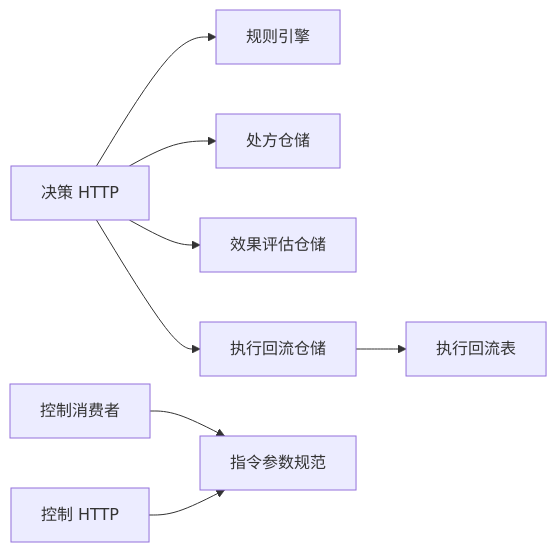
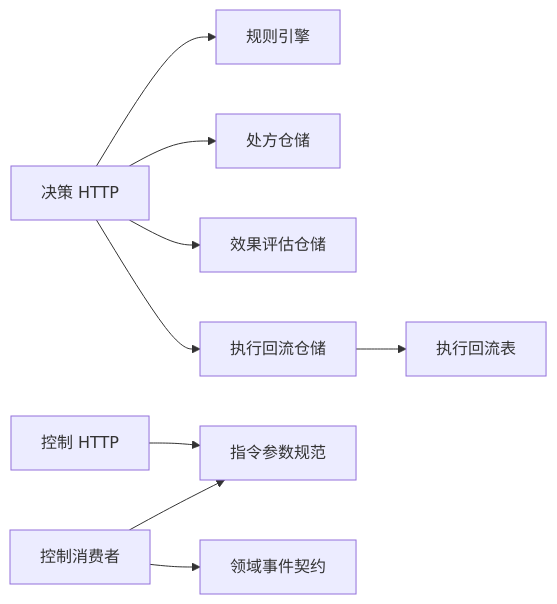
The tenth of 10 diagrams in .qoder/repowiki/zh/content/核心服务文档/执行计划系统.md (q446328246/agri-platform), drawn with Mermaid before and after one commit. The commit also changed other lines of this file and 42 other files, not shown here.

````diff
--- a/.qoder/repowiki/zh/content/核心服务文档/执行计划系统.md
+++ b/.qoder/repowiki/zh/content/核心服务文档/执行计划系统.md
@@ -307,10 +393,11 @@
 ```mermaid
 graph LR
 DecisionHttp["决策 HTTP"] --> RuleEngine["规则引擎"]
 DecisionHttp --> PrescriptionRepo["处方仓储"]
 DecisionHttp --> OutcomeRepo["效果评估仓储"]
 DecisionHttp --> ExecutionRepo["执行回流仓储"]
 ControlConsumer["控制消费者"] --> CommandSpec["指令参数规范"]
+ControlConsumer --> Contracts["领域事件契约"]
 ControlHttp["控制 HTTP"] --> CommandSpec
 ExecutionRepo --> ExecTable["执行回流表"]
 ```
````
